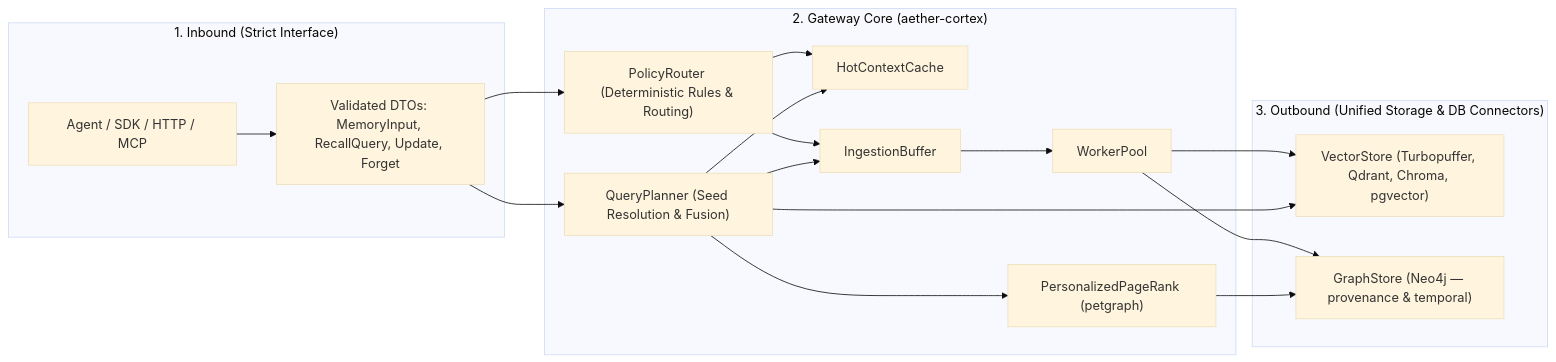
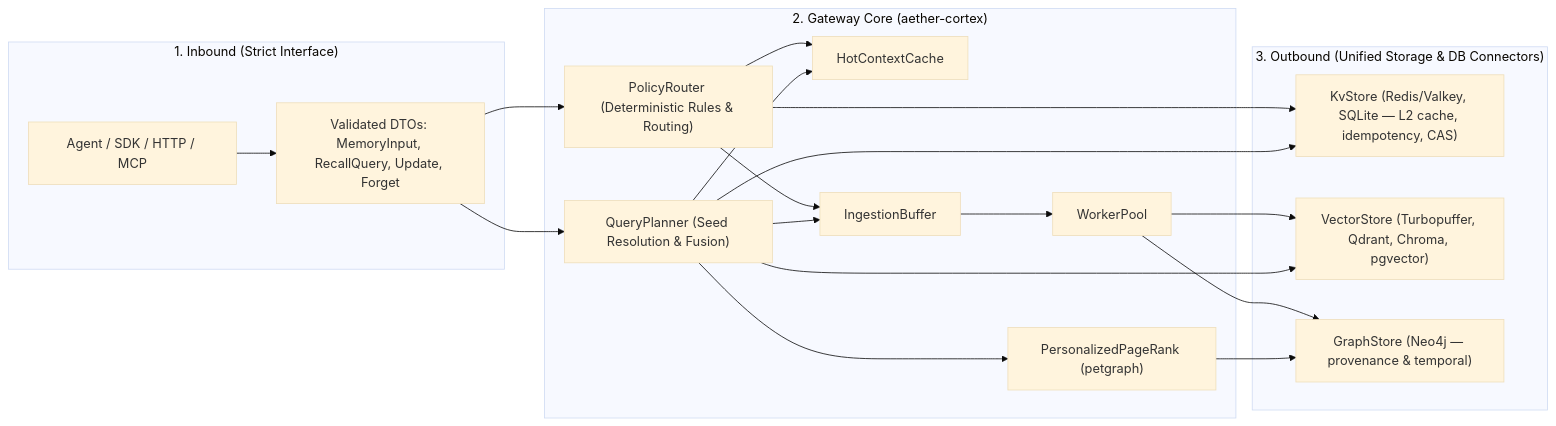
Before and after one commit to Nytheris-AI/aether-sdk: the diagram in docs/architecture/rust-migration.md, drawn with Mermaid (base theme). The commit also changed other lines of this file and 1 other file, not shown here.

Commit message:
docs: add L1/L2/L3 cache and KvStore production architecture

````diff
--- a/docs/architecture/rust-migration.md
+++ b/docs/architecture/rust-migration.md
@@ -18,28 +18,29 @@
 ```mermaid
 graph LR
     subgraph "1. Inbound (Strict Interface)"
         IN[Agent / SDK / HTTP / MCP]
         DTO["Validated DTOs: MemoryInput, RecallQuery, Update, Forget"]
     end
 
     subgraph "2. Gateway Core (aether-cortex)"
         POL["PolicyRouter (Deterministic Rules & Routing)"]
         CACHE[HotContextCache]
         BUF[IngestionBuffer]
         WP[WorkerPool]
         QP["QueryPlanner (Seed Resolution & Fusion)"]
         PPR["PersonalizedPageRank (petgraph)"]
     end
 
     subgraph "3. Outbound (Unified Storage & DB Connectors)"
+        KV["KvStore (Redis/Valkey, SQLite — L2 cache, idempotency, CAS)"]
         VEC["VectorStore (Turbopuffer, Qdrant, Chroma, pgvector)"]
         GRP["GraphStore (Neo4j — provenance & temporal)"]
     end
 
     IN --> DTO
     DTO --> POL & QP
-    POL --> CACHE & BUF
+    POL --> CACHE & KV & BUF
     BUF --> WP --> VEC & GRP
-    QP --> CACHE & BUF & VEC & PPR
+    QP --> CACHE & KV & BUF & VEC & PPR
     PPR --> GRP
 ```
````
